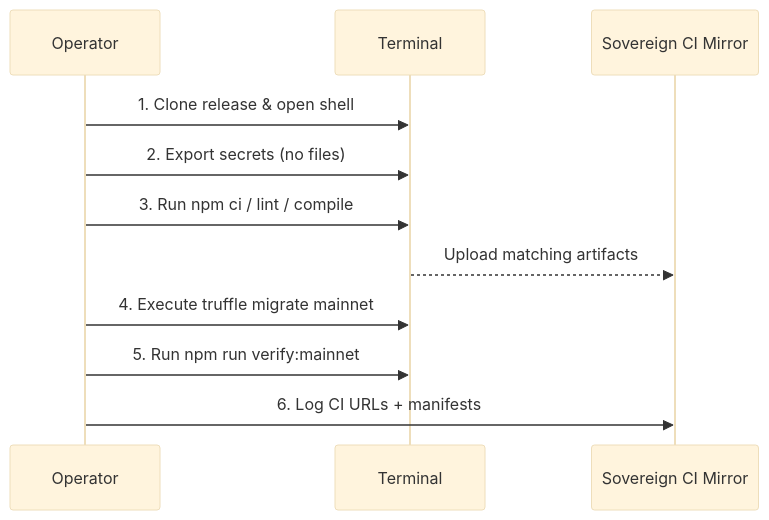
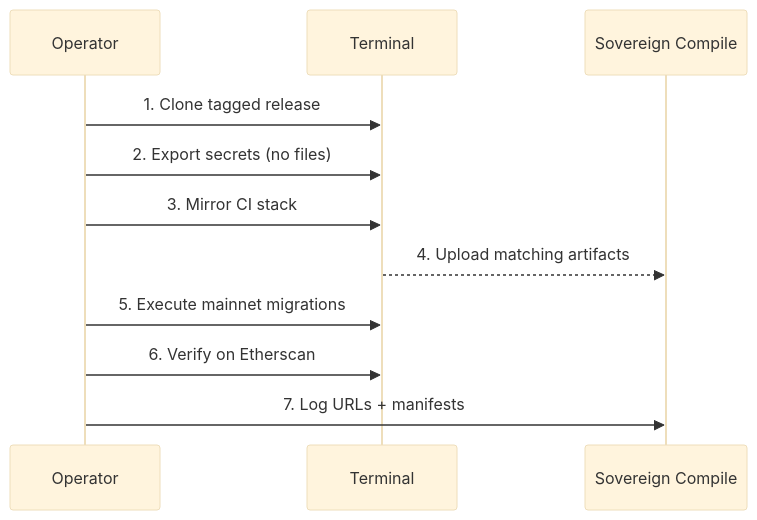
One commit to MontrealAI/agijobs-sovereign-labor-v0p1 changed the second of 4 diagrams in deploy/README.md. Above: the diagram before and after it, drawn with Mermaid (base theme). The commit also changed other lines of this file, not shown here.

````diff
--- a/deploy/README.md
+++ b/deploy/README.md
@@ -144,13 +137,13 @@
 ```mermaid
 sequenceDiagram
     participant Operator
     participant Terminal
-    participant SovereignCI as Sovereign CI Mirror
-    Operator->>Terminal: 1. Clone release & open shell
+    participant CI as Sovereign Compile
+    Operator->>Terminal: 1. Clone tagged release
     Operator->>Terminal: 2. Export secrets (no files)
-    Operator->>Terminal: 3. Run npm ci / lint / compile
-    Terminal-->>SovereignCI: Upload matching artifacts
-    Operator->>Terminal: 4. Execute truffle migrate mainnet
-    Operator->>Terminal: 5. Run npm run verify:mainnet
-    Operator->>SovereignCI: 6. Log CI URLs + manifests
+    Operator->>Terminal: 3. Mirror CI stack
+    Terminal-->>CI: 4. Upload matching artifacts
+    Operator->>Terminal: 5. Execute mainnet migrations
+    Operator->>Terminal: 6. Verify on Etherscan
+    Operator->>CI: 7. Log URLs + manifests
 ```
````
